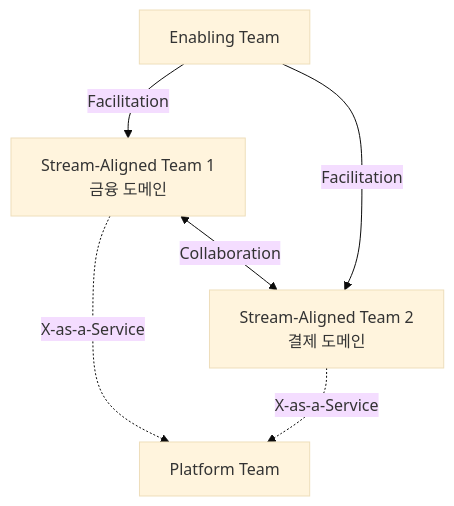
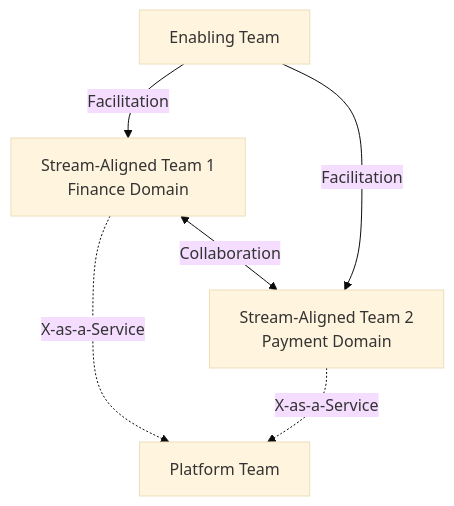
Before and after one commit to devfloor9/engineering-playbook: the fifth of 5 diagrams in docs/aidlc/enterprise/role-composition.md, drawn with Mermaid (base theme). The commit also changed other lines of this file and 954 other files, not shown here.

````diff
--- a/docs/aidlc/enterprise/role-composition.md
+++ b/docs/aidlc/enterprise/role-composition.md
@@ -400,8 +400,8 @@
 ```mermaid
 graph TD
-    SA1[Stream-Aligned Team 1<br/>금융 도메인] -.->|X-as-a-Service| PT[Platform Team]
-    SA2[Stream-Aligned Team 2<br/>결제 도메인] -.->|X-as-a-Service| PT
+    SA1[Stream-Aligned Team 1<br/>Finance Domain] -.->|X-as-a-Service| PT[Platform Team]
+    SA2[Stream-Aligned Team 2<br/>Payment Domain] -.->|X-as-a-Service| PT
     ET[Enabling Team] -->|Facilitation| SA1
     ET -->|Facilitation| SA2
     SA1 <-->|Collaboration| SA2
 ```
````
